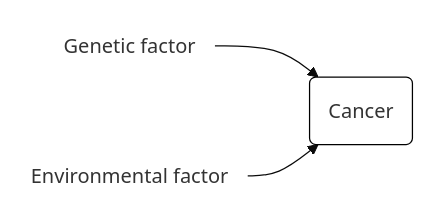
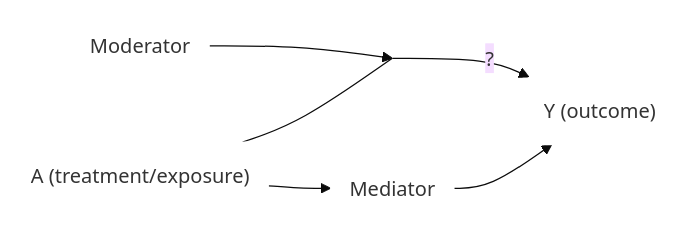
One commit to birth-outcomes/birth_outcomes_summary changed the seventh of 15 diagrams in book_birth_outcomes_summary/design_causal.md. Above: the diagram before and after it, drawn with Mermaid (base theme). The commit also changed other lines of this file and 1 other file, not shown here.

`````diff
--- a/book_birth_outcomes_summary/design_causal.md
+++ b/book_birth_outcomes_summary/design_causal.md
@@ -232,13 +147,17 @@
 ````{mermaid}
   flowchart LR;
 
-    gene("Genetic factor"):::white;
-    env("Environmental factor"):::white;
-    cancer("Cancer"):::black;
+    A("A (treatment/exposure)"):::white;
+    Y("Y (outcome)"):::white;
+    Empty[ ]:::empty;
+    Mod("Moderator"):::white;
+    M("Mediator"):::white;
 
-    gene --> cancer;
-    env --> cancer;
+    Mod --> Empty;
+    A --- Empty; Empty -->|?| Y;
+    A --> M; M --> Y;
 
-    classDef white fill:#FFFFFF, stroke:#FFFFFF
-    classDef black fill:#FFFFFF, stroke:#000000
+    classDef white fill:#FFFFFF, stroke:#FFFFFF;
+    classDef black fill:#FFFFFF, stroke:#000000;
+    classDef empty width:0px,height:0px;
 ````
`````
